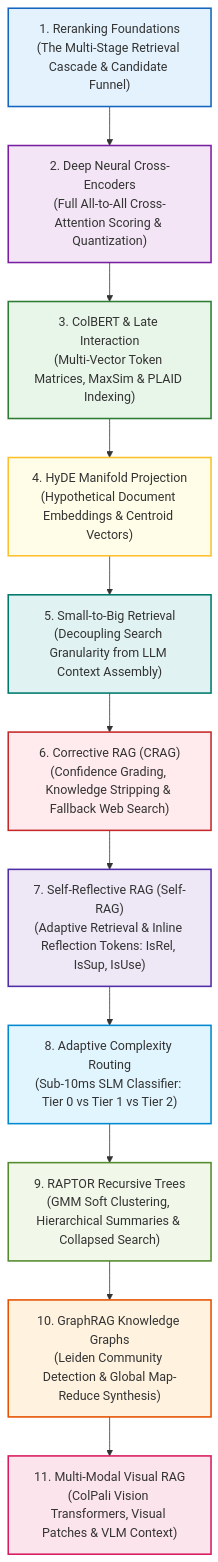
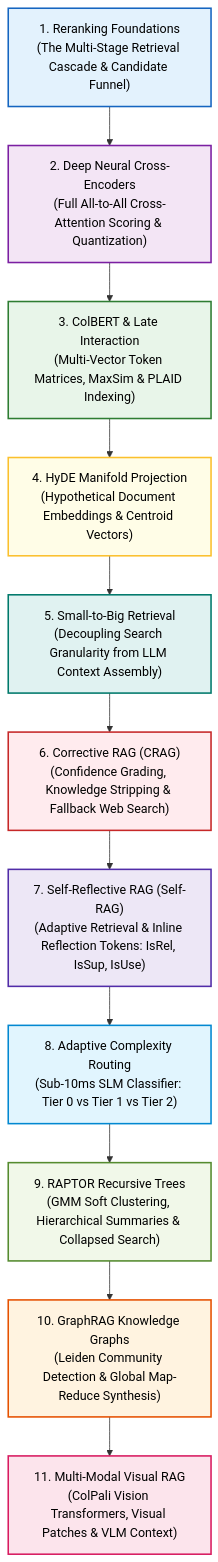
The diagram in 06-Advanced-RAG/README.md (swapnil3104/RAG-Engineering), drawn with Mermaid before and after one commit. The commit also changed 108 other files, not shown here.

Commit message:
fix: make chart text visible across all Mermaid diagrams and resolve markdown table formatting issues

````diff
--- a/06-Advanced-RAG/README.md
+++ b/06-Advanced-RAG/README.md
@@ -27,34 +27,34 @@
 ```mermaid
 flowchart TD
     M1["1. Reranking Foundations<br/>(The Multi-Stage Retrieval Cascade & Candidate Funnel)"] --> M2["2. Deep Neural Cross-Encoders<br/>(Full All-to-All Cross-Attention Scoring & Quantization)"]
     
     M2 --> M3["3. ColBERT & Late Interaction<br/>(Multi-Vector Token Matrices, MaxSim & PLAID Indexing)"]
     
     M3 --> M4["4. HyDE Manifold Projection<br/>(Hypothetical Document Embeddings & Centroid Vectors)"]
     
     M4 --> M5["5. Small-to-Big Retrieval<br/>(Decoupling Search Granularity from LLM Context Assembly)"]
     
     M5 --> M6["6. Corrective RAG (CRAG)<br/>(Confidence Grading, Knowledge Stripping & Fallback Web Search)"]
     
     M6 --> M7["7. Self-Reflective RAG (Self-RAG)<br/>(Adaptive Retrieval & Inline Reflection Tokens: IsRel, IsSup, IsUse)"]
     
     M7 --> M8["8. Adaptive Complexity Routing<br/>(Sub-10ms SLM Classifier: Tier 0 vs Tier 1 vs Tier 2)"]
     
     M8 --> M9["9. RAPTOR Recursive Trees<br/>(GMM Soft Clustering, Hierarchical Summaries & Collapsed Search)"]
     
     M9 --> M10["10. GraphRAG Knowledge Graphs<br/>(Leiden Community Detection & Global Map-Reduce Synthesis)"]
     
     M10 --> M11["11. Multi-Modal Visual RAG<br/>(ColPali Vision Transformers, Visual Patches & VLM Context)"]
 
-    style M1 fill:#e3f2fd,stroke:#1565c0,stroke-width:2px
-    style M2 fill:#f3e5f5,stroke:#7b1fa2,stroke-width:2px
-    style M3 fill:#e8f5e9,stroke:#2e7d32,stroke-width:2px
-    style M4 fill:#fffde7,stroke:#fbc02d,stroke-width:2px
-    style M5 fill:#e0f2f1,stroke:#00796b,stroke-width:2px
-    style M6 fill:#ffebee,stroke:#c62828,stroke-width:2px
-    style M7 fill:#ede7f6,stroke:#512da8,stroke-width:2px
-    style M8 fill:#e1f5fe,stroke:#0288d1,stroke-width:2px
-    style M9 fill:#f1f8e9,stroke:#558b2f,stroke-width:2px
-    style M10 fill:#fff3e0,stroke:#e65100,stroke-width:2px
-    style M11 fill:#fce4ec,stroke:#d81b60,stroke-width:2px
+    style M1 fill:#e3f2fd,stroke:#1565c0,stroke-width:2px,color:#000000
+    style M2 fill:#f3e5f5,stroke:#7b1fa2,stroke-width:2px,color:#000000
+    style M3 fill:#e8f5e9,stroke:#2e7d32,stroke-width:2px,color:#000000
+    style M4 fill:#fffde7,stroke:#fbc02d,stroke-width:2px,color:#000000
+    style M5 fill:#e0f2f1,stroke:#00796b,stroke-width:2px,color:#000000
+    style M6 fill:#ffebee,stroke:#c62828,stroke-width:2px,color:#000000
+    style M7 fill:#ede7f6,stroke:#512da8,stroke-width:2px,color:#000000
+    style M8 fill:#e1f5fe,stroke:#0288d1,stroke-width:2px,color:#000000
+    style M9 fill:#f1f8e9,stroke:#558b2f,stroke-width:2px,color:#000000
+    style M10 fill:#fff3e0,stroke:#e65100,stroke-width:2px,color:#000000
+    style M11 fill:#fce4ec,stroke:#d81b60,stroke-width:2px,color:#000000
 ```
````
